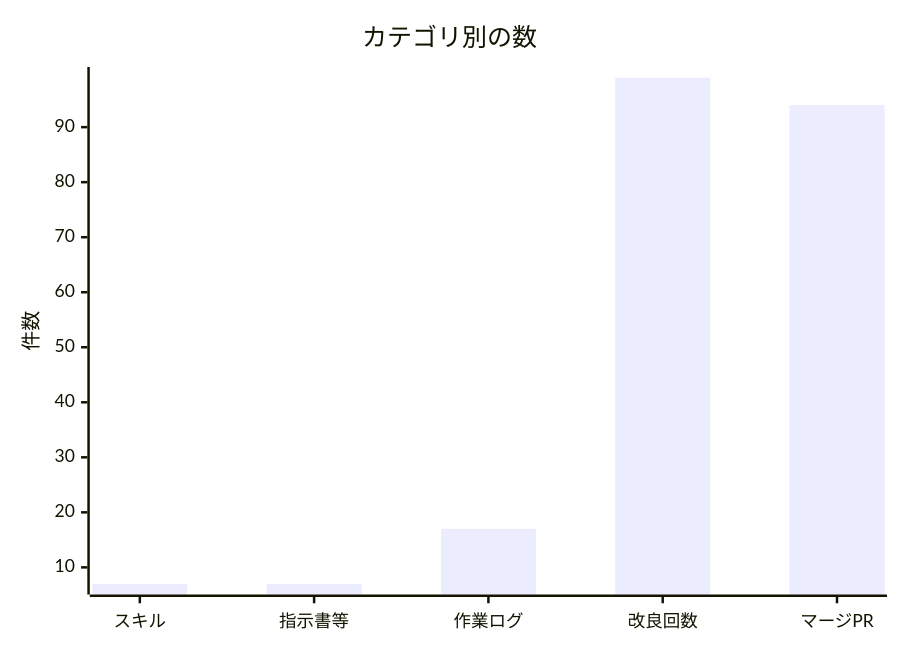
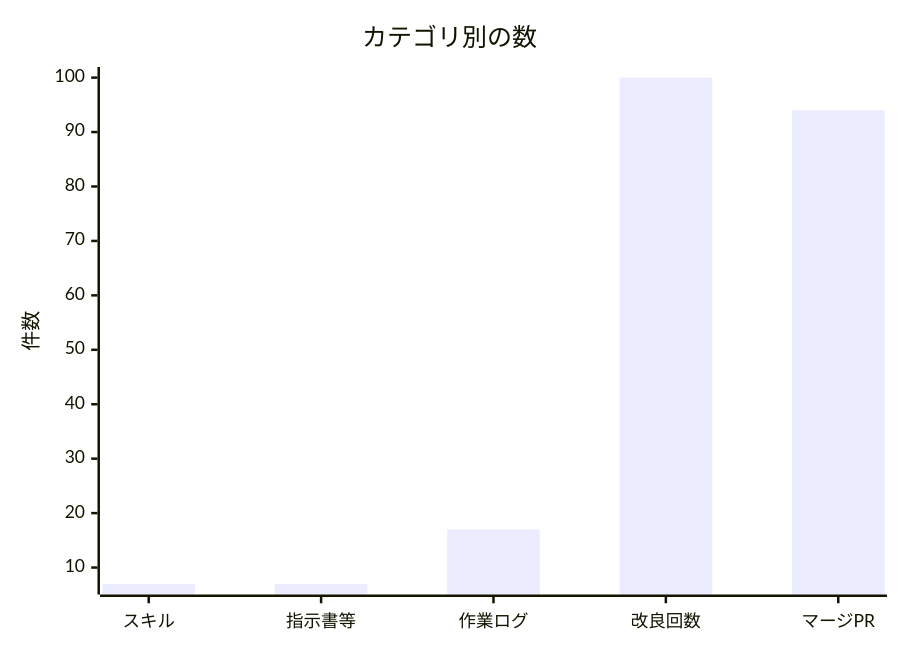
Before and after one commit to non-x2/non-x2: the second of 2 diagrams in docs/進化レポート.md, drawn with Mermaid. The commit also changed other lines of this file and 7 other files, not shown here.

````diff
--- a/docs/進化レポート.md
+++ b/docs/進化レポート.md
@@ -33,7 +33,7 @@
 ```mermaid
 xychart-beta
     title "カテゴリ別の数"
     x-axis ["スキル", "指示書等", "作業ログ", "改良回数", "マージPR"]
     y-axis "件数"
-    bar [7, 7, 17, 99, 94]
+    bar [7, 7, 17, 100, 94]
 ```
````
